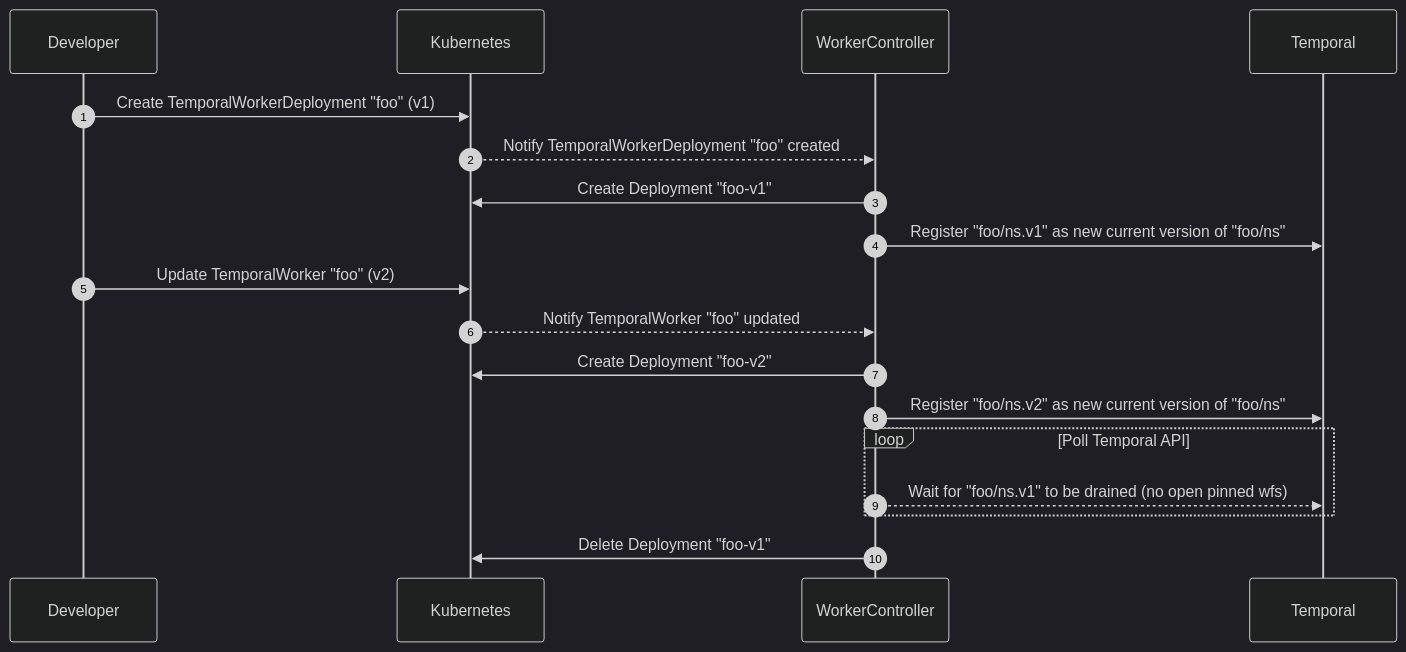
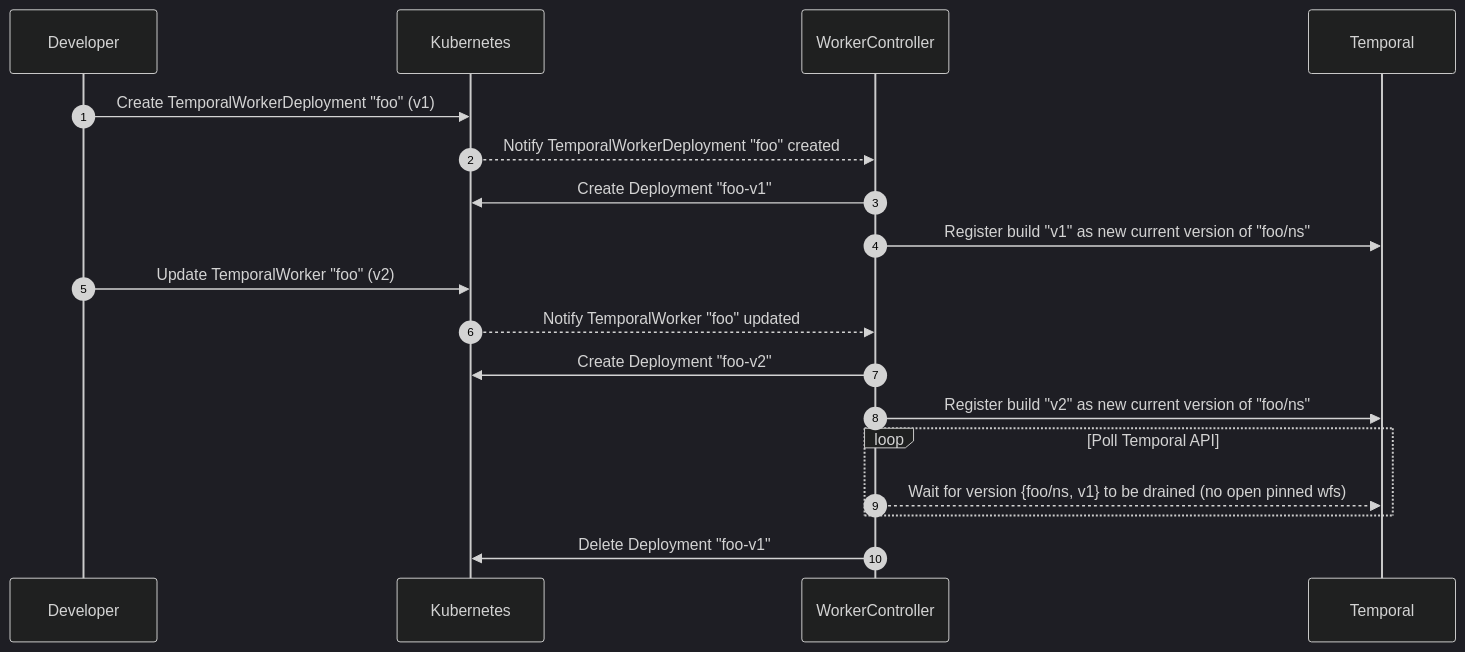
The second of 2 diagrams in README.md (shashwatsuri/temporal-worker-controller), drawn with Mermaid (dark theme) before and after one commit. The commit also changed other lines of this file, not shown here.

````diff
--- a/README.md
+++ b/README.md
@@ -139,23 +133,23 @@
 ```mermaid
 sequenceDiagram
     autonumber
     participant Dev as Developer
     participant K8s as Kubernetes
     participant Ctl as WorkerController
     participant T as Temporal
 
     Dev->>K8s: Create TemporalWorkerDeployment "foo" (v1)
     K8s-->>Ctl: Notify TemporalWorkerDeployment "foo" created
     Ctl->>K8s: Create Deployment "foo-v1"
-    Ctl->>T: Register "foo/ns.v1" as new current version of "foo/ns"
+    Ctl->>T: Register build "v1" as new current version of "foo/ns"
     Dev->>K8s: Update TemporalWorker "foo" (v2)
     K8s-->>Ctl: Notify TemporalWorker "foo" updated
     Ctl->>K8s: Create Deployment "foo-v2"
-    Ctl->>T: Register "foo/ns.v2" as new current version of "foo/ns"
+    Ctl->>T: Register build "v2" as new current version of "foo/ns"
     
     loop Poll Temporal API
-        Ctl-->>T: Wait for "foo/ns.v1" to be drained (no open pinned wfs)
+        Ctl-->>T: Wait for version {foo/ns, v1} to be drained (no open pinned wfs)
     end
     
     Ctl->>K8s: Delete Deployment "foo-v1"
 ```
````
